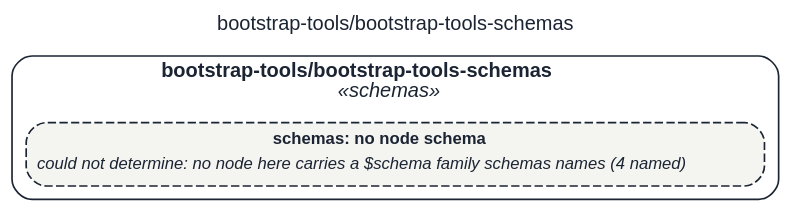
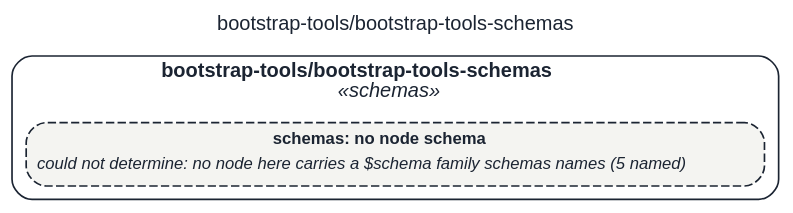
Before and after one commit to litlfred/folio-assistant: the diagram in assets/img/uml/overview/bootstrap-tools/bootstrap-tools-schemas.dot, drawn with Graphviz. The commit also changed 10681 other files, not shown here.

```diff
--- a/assets/img/uml/overview/bootstrap-tools/bootstrap-tools-schemas.dot
+++ b/assets/img/uml/overview/bootstrap-tools/bootstrap-tools-schemas.dot
@@ -1,11 +1,11 @@
 // GENERATED by cat-harness-tools/scripts/gen-uml-overview.ts — do not edit.
 // Rendered page (interactive view, same model): https://litlfred.github.io/folio-assistant/uml/overview/bootstrap-tools/bootstrap-tools-schemas.html
 digraph "bootstrap_tools_bootstrap_tools_schemas" {
   graph [label="bootstrap-tools/bootstrap-tools-schemas", labelloc=t, fontname="Helvetica", fontsize=12, fontcolor="#1b2432", newrank=true, ratio=auto, nodesep=0.3, ranksep=0.5, bgcolor="transparent"];
   node [shape=box, style="rounded,filled", margin=0.05, fontname="Helvetica", fontsize=10, color="#1b2432", fontcolor="#1b2432"];
   edge [color="#1b2432", fontcolor="#1b2432", fontname="Helvetica", fontsize=9];
   subgraph "cluster_pkg_bootstrap_tools_bootstrap_tools_schemas" {
     label=<<b>bootstrap-tools/bootstrap-tools-schemas</b><br/><i>«schemas»</i>>; style="rounded"; color="#1b2432"; class="fa_uml_subgraph";
-    "n_bootstrap_tools_bootstrap_tools_schemas_schemas" [style="rounded,filled,dashed", fillcolor="#f4f4f1", class="fa_uml_kind_schemas fa_uml_undetermined", label=<<table border="0" cellborder="0" cellspacing="0" cellpadding="2"><tr><td><b>schemas: no node schema</b></td></tr><tr><td align="left"><i>could not determine: no node here carries a $schema family schemas names (4 named)</i></td></tr></table>>];
+    "n_bootstrap_tools_bootstrap_tools_schemas_schemas" [style="rounded,filled,dashed", fillcolor="#f4f4f1", class="fa_uml_kind_schemas fa_uml_undetermined", label=<<table border="0" cellborder="0" cellspacing="0" cellpadding="2"><tr><td><b>schemas: no node schema</b></td></tr><tr><td align="left"><i>could not determine: no node here carries a $schema family schemas names (5 named)</i></td></tr></table>>];
   }
 }
```
